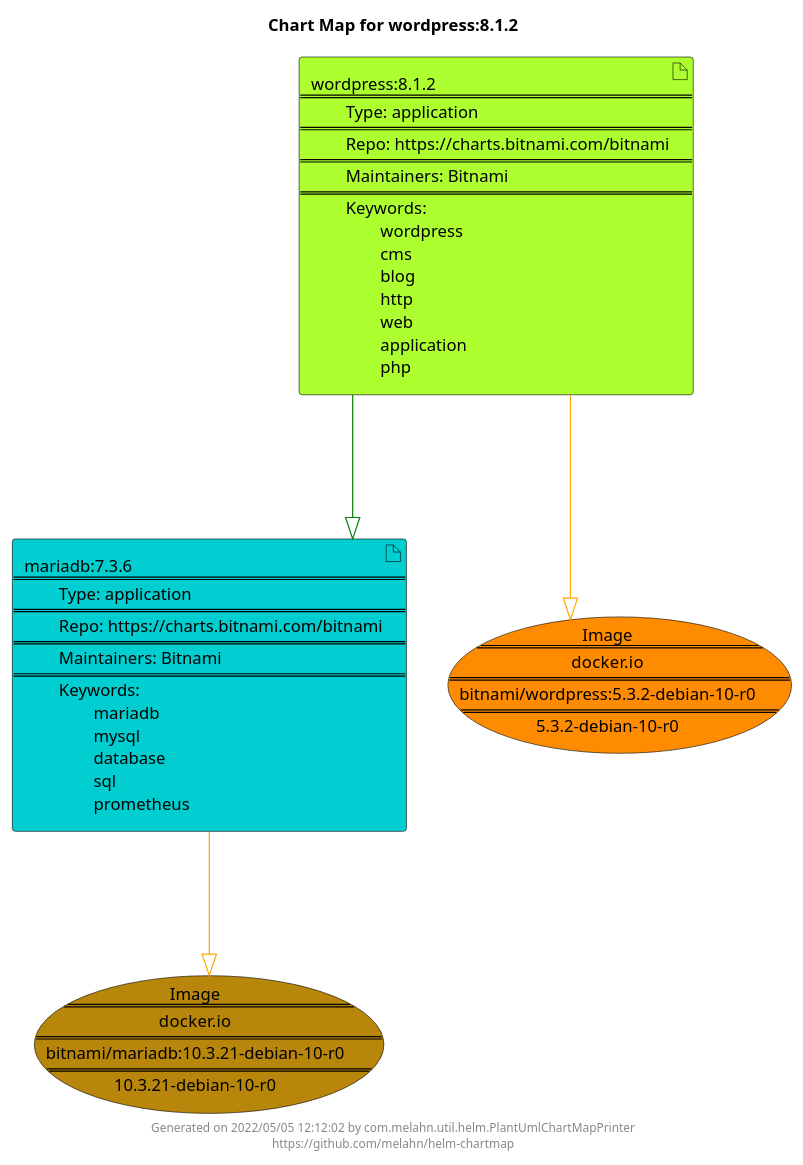
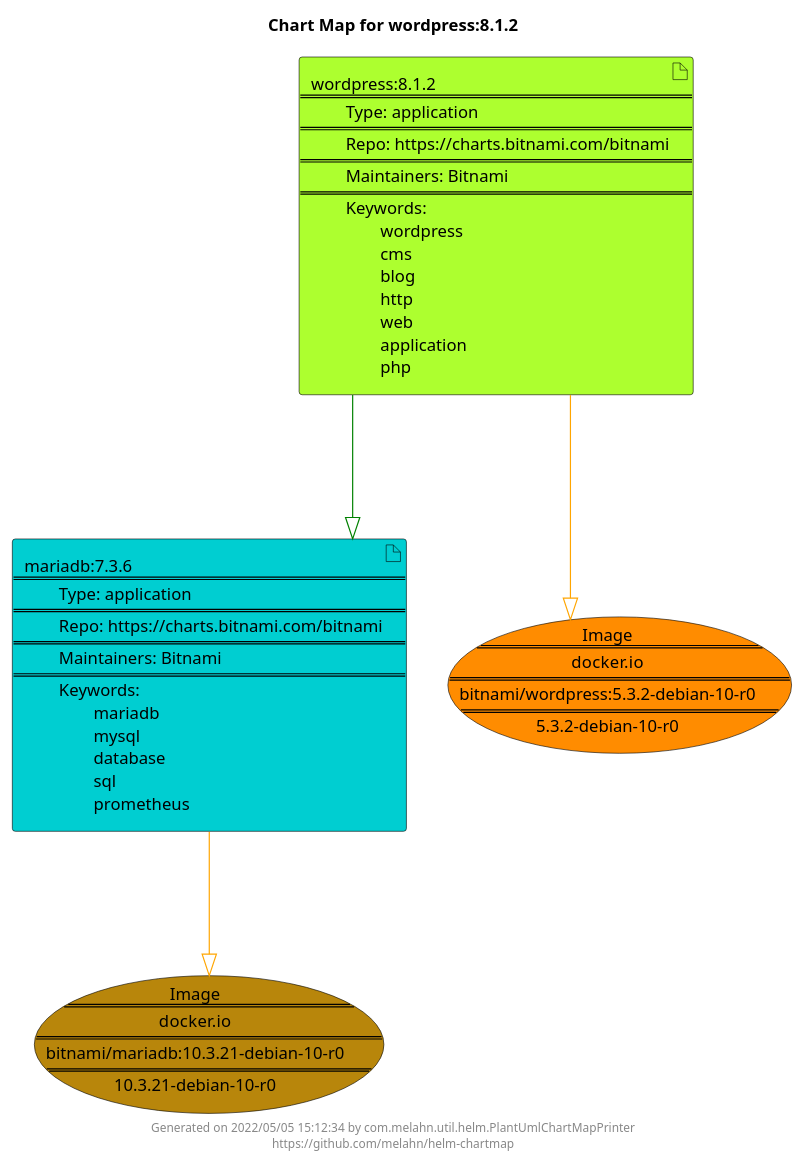
Before and after one commit to melahn/helm-chartmap: the diagram in docs/wordpress/wordpress-8.1.2.puml, drawn with PlantUML. The commit also changed 57 other files, not shown here.

Commit message:
Update Example Chart Maps as part of GitHub build

```diff
--- a/docs/wordpress/wordpress-8.1.2.puml
+++ b/docs/wordpress/wordpress-8.1.2.puml
@@ -1,25 +1,25 @@
 @startuml
 skinparam linetype ortho
 skinparam backgroundColor white
 skinparam usecaseBorderColor black
 skinparam usecaseArrowColor LightSlateGray
 skinparam artifactBorderColor black
 skinparam artifactArrowColor LightSlateGray
 
 title Chart Map for wordpress:8.1.2
 
 'There are 2 referenced Helm Charts
 artifact "mariadb:7.3.6\n====\n\tType: application\n====\n\tRepo: https://charts.bitnami.com/bitnami\n====\n\tMaintainers: Bitnami\n====\n\tKeywords: \n\t\tmariadb\n\t\tmysql\n\t\tdatabase\n\t\tsql\n\t\tprometheus" as mariadb_7_3_6 #DarkTurquoise
 artifact "wordpress:8.1.2\n====\n\tType: application\n====\n\tRepo: https://charts.bitnami.com/bitnami\n====\n\tMaintainers: Bitnami\n====\n\tKeywords: \n\t\twordpress\n\t\tcms\n\t\tblog\n\t\thttp\n\t\tweb\n\t\tapplication\n\t\tphp" as wordpress_8_1_2 #GreenYellow
 
 'There are 2 referenced Docker Images
 usecase "Image\n====\ndocker.io\n====\nbitnami/mariadb:10.3.21-debian-10-r0\n====\n10.3.21-debian-10-r0" as docker_io_bitnami_mariadb_10_3_21_debian_10_r0 #DarkGoldenRod
 usecase "Image\n====\ndocker.io\n====\nbitnami/wordpress:5.3.2-debian-10-r0\n====\n5.3.2-debian-10-r0" as docker_io_bitnami_wordpress_5_3_2_debian_10_r0 #Darkorange
 
 'Chart Dependencies
 wordpress_8_1_2--[#green]-|>mariadb_7_3_6
 mariadb_7_3_6--[#orange]-|>docker_io_bitnami_mariadb_10_3_21_debian_10_r0
 wordpress_8_1_2--[#orange]-|>docker_io_bitnami_wordpress_5_3_2_debian_10_r0
 
-center footer Generated on 2022/05/05 12:12:02 by com.melahn.util.helm.PlantUmlChartMapPrinter\nhttps://github.com/melahn/helm-chartmap
+center footer Generated on 2022/05/05 15:12:34 by com.melahn.util.helm.PlantUmlChartMapPrinter\nhttps://github.com/melahn/helm-chartmap
 @enduml
```
